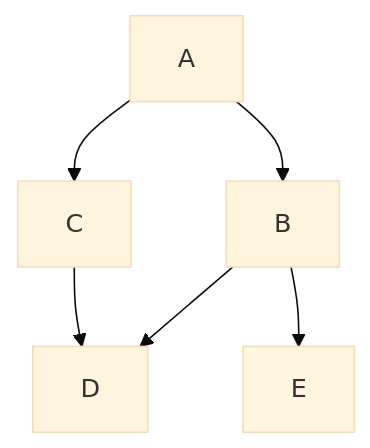
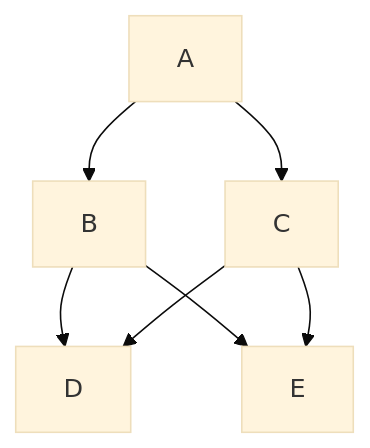
One commit to epretoriou-ercot/HelloWorld changed the diagram in README.md. Above: the diagram before and after it, drawn with Mermaid (base theme).

Commit message:
Modified the diagram in README.md

````diff
--- a/README.md
+++ b/README.md
@@ -22,8 +22,9 @@
 ```mermaid
 graph TD;
     A-->B;
     A-->C;
     B-->D;
     B-->E;
+    C-->E;
     C-->D;
 ```
````
